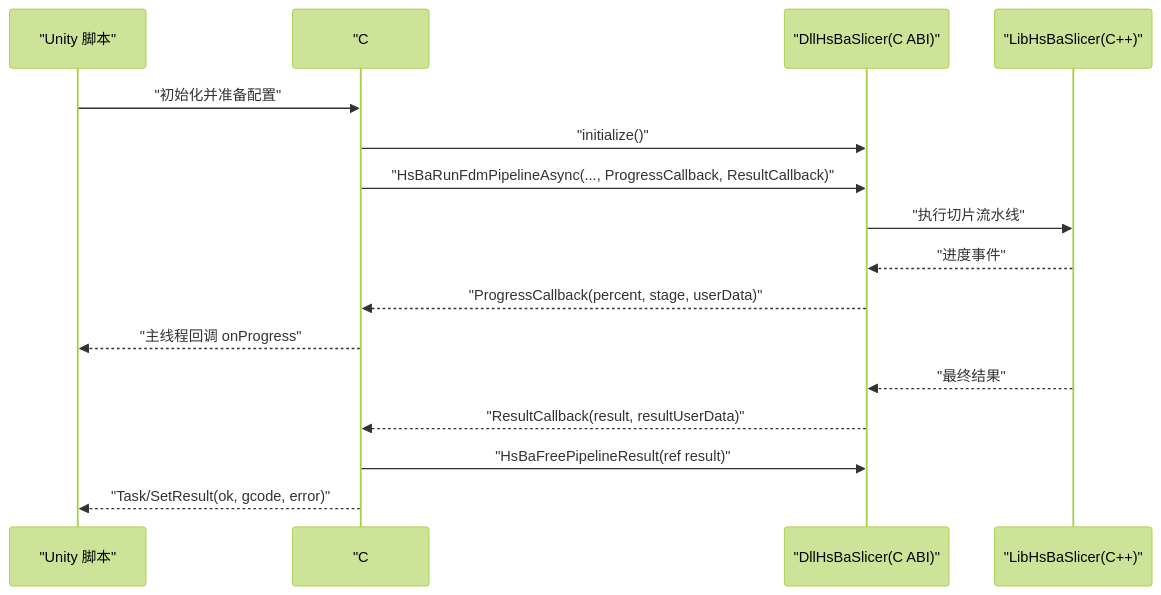
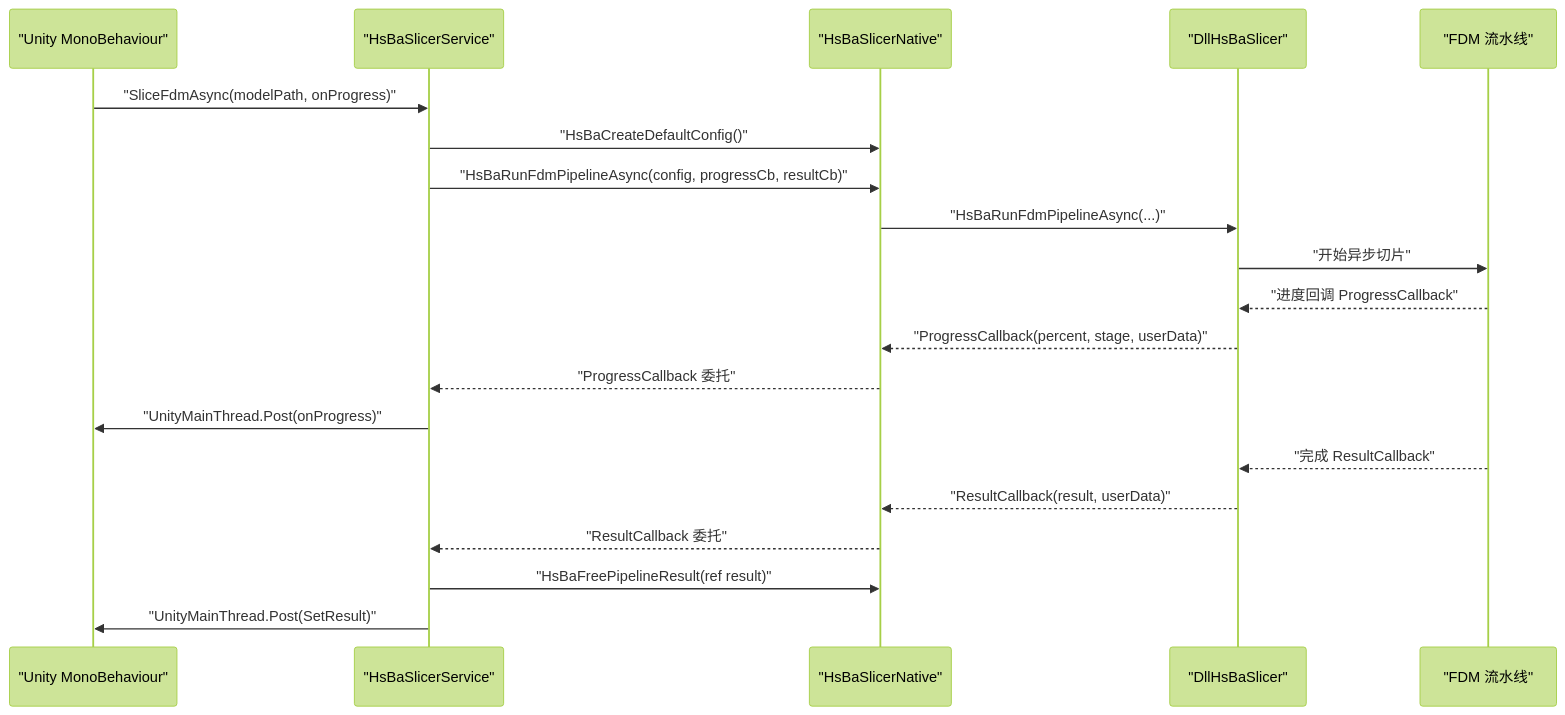
One commit to hsmbanlance/HsBaSlicer changed the second of 4 diagrams in .qoder/repowiki/zh/content/集成指南/游戏引擎集成/Unity 集成.md. Above: the diagram before and after it, drawn with Mermaid (forest theme). The commit also changed other lines of this file and 1135 other files, not shown here.

````diff
--- a/.qoder/repowiki/zh/content/集成指南/游戏引擎集成/Unity 集成.md
+++ b/.qoder/repowiki/zh/content/集成指南/游戏引擎集成/Unity 集成.md
@@ -79,18 +115,22 @@
 ```mermaid
 sequenceDiagram
-participant U as "Unity 脚本"
-participant CS as "C# 绑定层"
-participant DLL as "DllHsBaSlicer(C ABI)"
-participant LIB as "LibHsBaSlicer(C++)"
-U->>CS : "初始化并准备配置"
-CS->>DLL : "initialize()"
-CS->>DLL : "HsBaRunFdmPipelineAsync(..., ProgressCallback, ResultCallback)"
-DLL->>LIB : "执行切片流水线"
-LIB-->>DLL : "进度事件"
-DLL-->>CS : "ProgressCallback(percent, stage, userData)"
-CS-->>U : "主线程回调 onProgress"
-LIB-->>DLL : "最终结果"
-DLL-->>CS : "ResultCallback(result, resultUserData)"
-CS->>DLL : "HsBaFreePipelineResult(ref result)"
-CS-->>U : "Task/SetResult(ok, gcode, error)"
+participant Mono as "Unity MonoBehaviour"
+participant Service as "HsBaSlicerService"
+participant Native as "HsBaSlicerNative"
+participant DLL as "DllHsBaSlicer"
+participant Pipeline as "FDM 流水线"
+Mono->>Service : "SliceFdmAsync(modelPath, onProgress)"
+Service->>Native : "HsBaCreateDefaultConfig()"
+Service->>Native : "HsBaRunFdmPipelineAsync(config, progressCb, resultCb)"
+Native->>DLL : "HsBaRunFdmPipelineAsync(...)"
+DLL->>Pipeline : "开始异步切片"
+Pipeline-->>DLL : "进度回调 ProgressCallback"
+DLL-->>Native : "ProgressCallback(percent, stage, userData)"
+Native-->>Service : "ProgressCallback 委托"
+Service->>Mono : "UnityMainThread.Post(onProgress)"
+Pipeline-->>DLL : "完成 ResultCallback"
+DLL-->>Native : "ResultCallback(result, userData)"
+Native-->>Service : "ResultCallback 委托"
+Service->>Native : "HsBaFreePipelineResult(ref result)"
+Service->>Mono : "UnityMainThread.Post(SetResult)"
 ```
````
